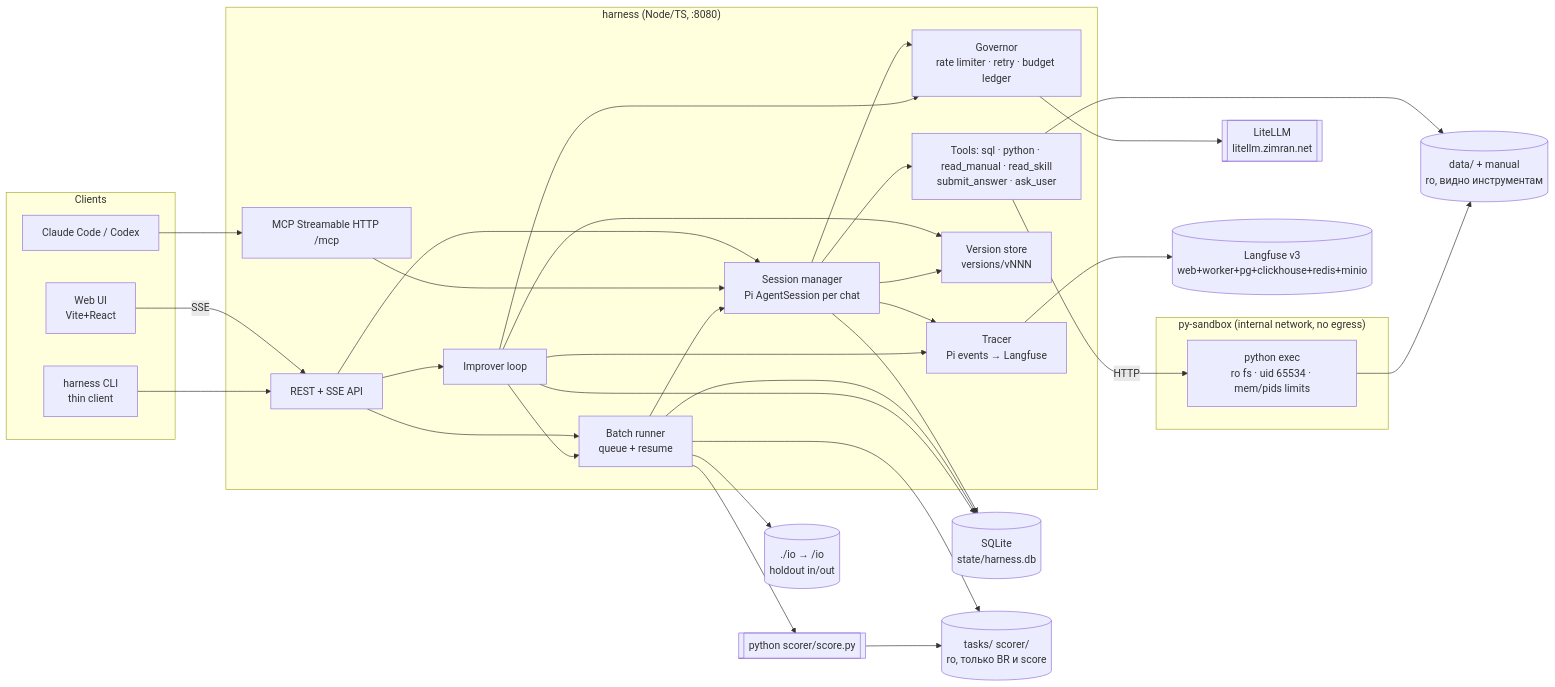
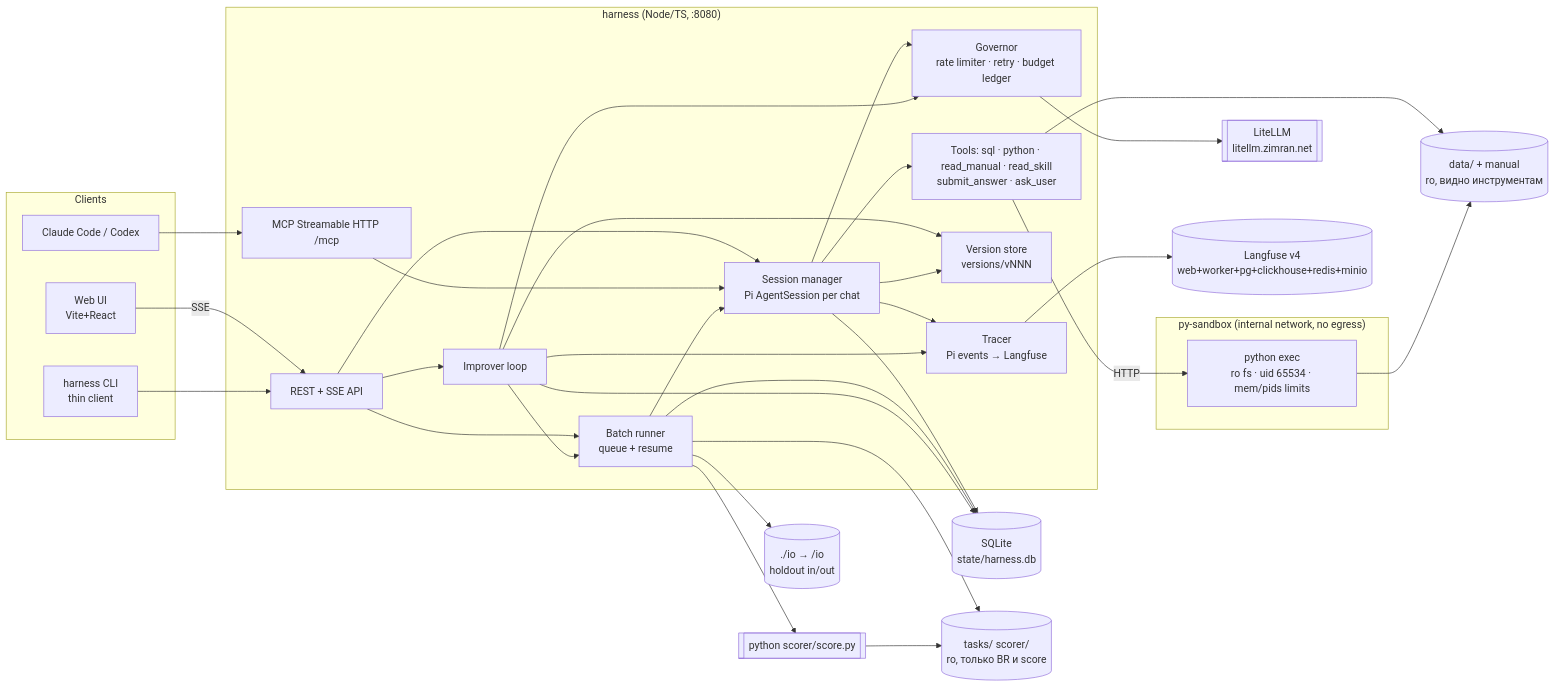
The diagram in SPEC.md (asainov1/payments-analyst-pi), drawn with Mermaid before and after one commit. The commit also changed other lines of this file and 14 other files, not shown here.

````diff
--- a/SPEC.md
+++ b/SPEC.md
@@ -37,52 +37,52 @@
 ```mermaid
 flowchart LR
   subgraph Clients
     UI[Web UI<br/>Vite+React]
     CLI[harness CLI<br/>thin client]
     MCPC[Claude Code / Codex]
   end
 
   subgraph harness["harness (Node/TS, :8080)"]
     API[REST + SSE API]
     MCP[MCP Streamable HTTP /mcp]
     SM[Session manager<br/>Pi AgentSession per chat]
     BR[Batch runner<br/>queue + resume]
     IMP[Improver loop]
     GOV[Governor<br/>rate limiter · retry · budget ledger]
     TR[Tracer<br/>Pi events → Langfuse]
     VS[Version store<br/>versions/vNNN]
     TOOLS[Tools: sql · python · read_manual · read_skill<br/>submit_answer · ask_user]
   end
 
   subgraph sbx["py-sandbox (internal network, no egress)"]
     PY[python exec<br/>ro fs · uid 65534 · mem/pids limits]
   end
 
   DB[(SQLite<br/>state/harness.db)]
   DATA[(data/ + manual<br/>ro, видно инструментам)]
   TASKS[(tasks/ scorer/<br/>ro, только BR и score)]
   IO[(./io → /io<br/>holdout in/out)]
   LLM[[LiteLLM<br/>litellm.zimran.net]]
-  LF[(Langfuse v3<br/>web+worker+pg+clickhouse+redis+minio)]
+  LF[(Langfuse v4<br/>web+worker+pg+clickhouse+redis+minio)]
   SCORER[[python scorer/score.py]]
 
   UI -- SSE --> API
   CLI --> API
   MCPC --> MCP
   API --> SM & BR & IMP
   MCP --> SM
   BR --> SM
   IMP --> BR
   IMP --> VS
   SM --> TOOLS --> DATA
   TOOLS -- HTTP --> PY --> DATA
   SM --> GOV --> LLM
   IMP --> GOV
   SM --> TR --> LF
   IMP --> TR
   BR --> TASKS
   BR --> IO
   BR --> SCORER --> TASKS
   SM & BR & IMP --> DB
   SM --> VS
 ```
````
